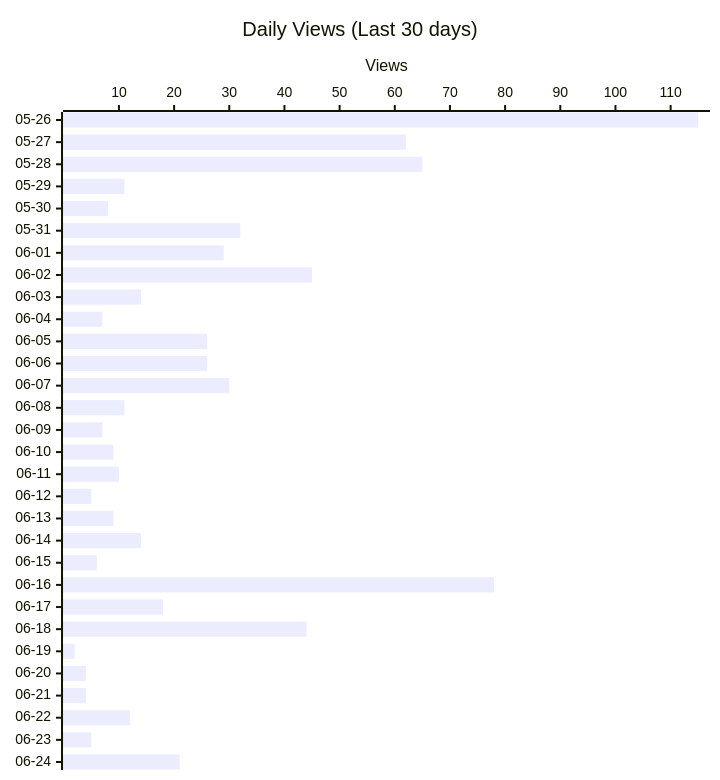
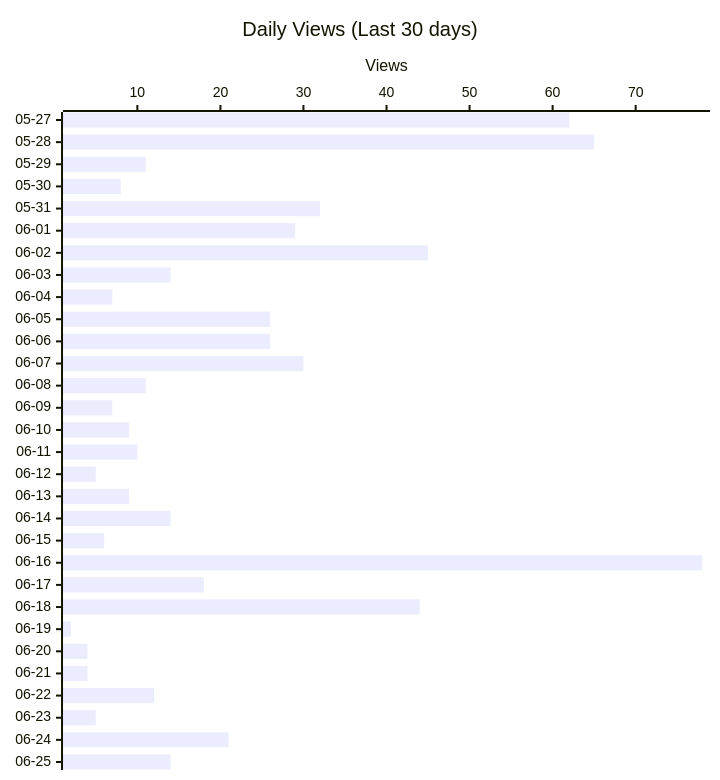
The second of 3 diagrams in README.md (shigechika/github-insights), drawn with Mermaid before and after one commit. The commit also changed other lines of this file and 2 other files, not shown here.

````diff
--- a/README.md
+++ b/README.md
@@ -28,12 +28,12 @@
 ```mermaid
 ---
 config:
   xyChart:
     height: 760
 ---
 xychart-beta horizontal
     title "Daily Views (Last 30 days)"
-    x-axis ["05-26", "05-27", "05-28", "05-29", "05-30", "05-31", "06-01", "06-02", "06-03", "06-04", "06-05", "06-06", "06-07", "06-08", "06-09", "06-10", "06-11", "06-12", "06-13", "06-14", "06-15", "06-16", "06-17", "06-18", "06-19", "06-20", "06-21", "06-22", "06-23", "06-24"]
+    x-axis ["05-27", "05-28", "05-29", "05-30", "05-31", "06-01", "06-02", "06-03", "06-04", "06-05", "06-06", "06-07", "06-08", "06-09", "06-10", "06-11", "06-12", "06-13", "06-14", "06-15", "06-16", "06-17", "06-18", "06-19", "06-20", "06-21", "06-22", "06-23", "06-24", "06-25"]
     y-axis "Views"
-    bar [115, 62, 65, 11, 8, 32, 29, 45, 14, 7, 26, 26, 30, 11, 7, 9, 10, 5, 9, 14, 6, 78, 18, 44, 2, 4, 4, 12, 5, 21]
+    bar [62, 65, 11, 8, 32, 29, 45, 14, 7, 26, 26, 30, 11, 7, 9, 10, 5, 9, 14, 6, 78, 18, 44, 2, 4, 4, 12, 5, 21, 14]
 ```
````
